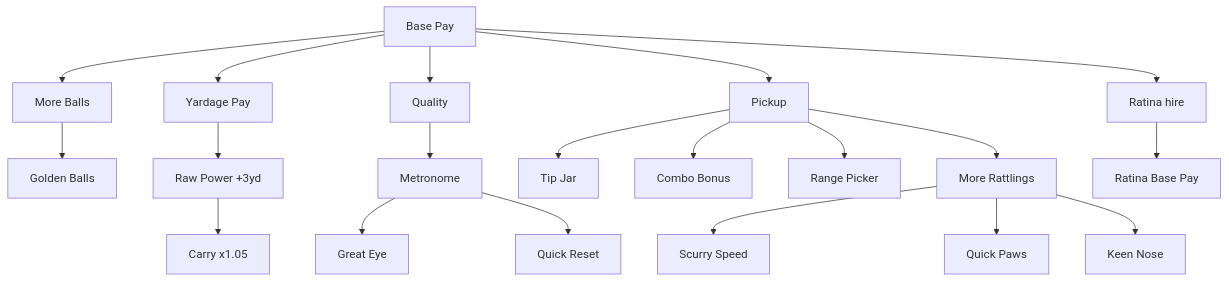
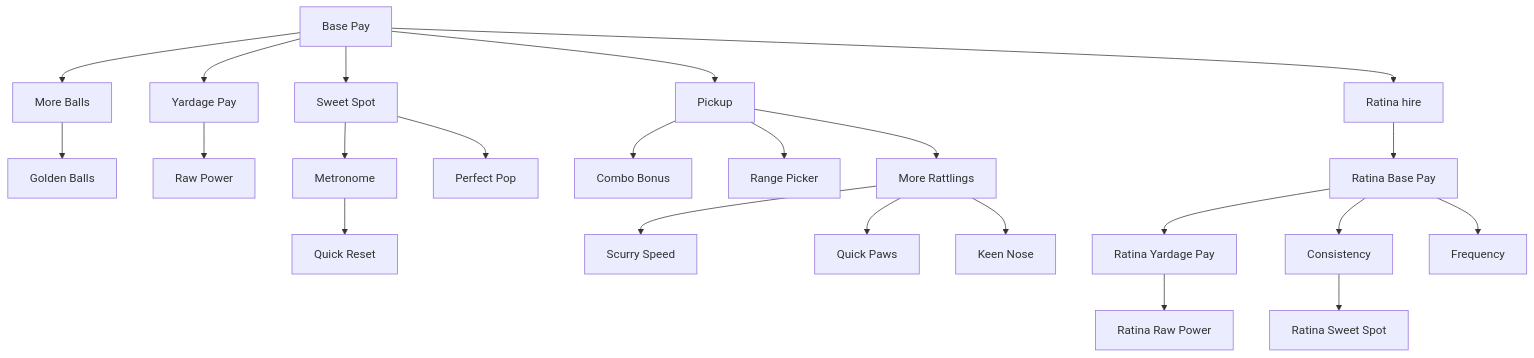
Before and after one commit to bicrick/golf_incremental: the diagram in docs/v2/04-upgrade-tree.md, drawn with Mermaid. The commit also changed other lines of this file and 30 other files, not shown here.

````diff
--- a/docs/v2/04-upgrade-tree.md
+++ b/docs/v2/04-upgrade-tree.md
@@ -15,22 +15,25 @@
 ```mermaid
 flowchart TB
   basePay[Base Pay] --> yardagePay[Yardage Pay]
-  basePay --> quality[Quality]
+  basePay --> sweetSpot[Sweet Spot]
   basePay --> pickup[Pickup]
   basePay --> ballCount[More Balls]
   basePay --> ratinaHire[Ratina hire]
   ballCount --> goldenBall[Golden Balls]
-  yardagePay --> rawPower[Raw Power +3yd]
-  rawPower --> carry[Carry x1.05]
-  quality --> metronome[Metronome]
-  metronome --> greatEye[Great Eye]
+  yardagePay --> rawPower[Raw Power]
+  sweetSpot --> metronome[Metronome]
+  sweetSpot --> perfectPop[Perfect Pop]
   metronome --> quickReset[Quick Reset]
-  pickup --> tipJar[Tip Jar]
   pickup --> comboBonus[Combo Bonus]
   pickup --> rangePicker[Range Picker]
   pickup --> rattlingMore[More Rattlings]
   rattlingMore --> rattlingSpeed[Scurry Speed]
   rattlingMore --> quickPaws[Quick Paws]
   rattlingMore --> keenNose[Keen Nose]
   ratinaHire --> ratinaBasePay[Ratina Base Pay]
+  ratinaBasePay --> ratinaYard[Ratina Yardage Pay]
+  ratinaBasePay --> ratinaCons[Consistency]
+  ratinaBasePay --> ratinaFreq[Frequency]
+  ratinaYard --> ratinaRaw[Ratina Raw Power]
+  ratinaCons --> ratinaSweet[Ratina Sweet Spot]
 ```
````
